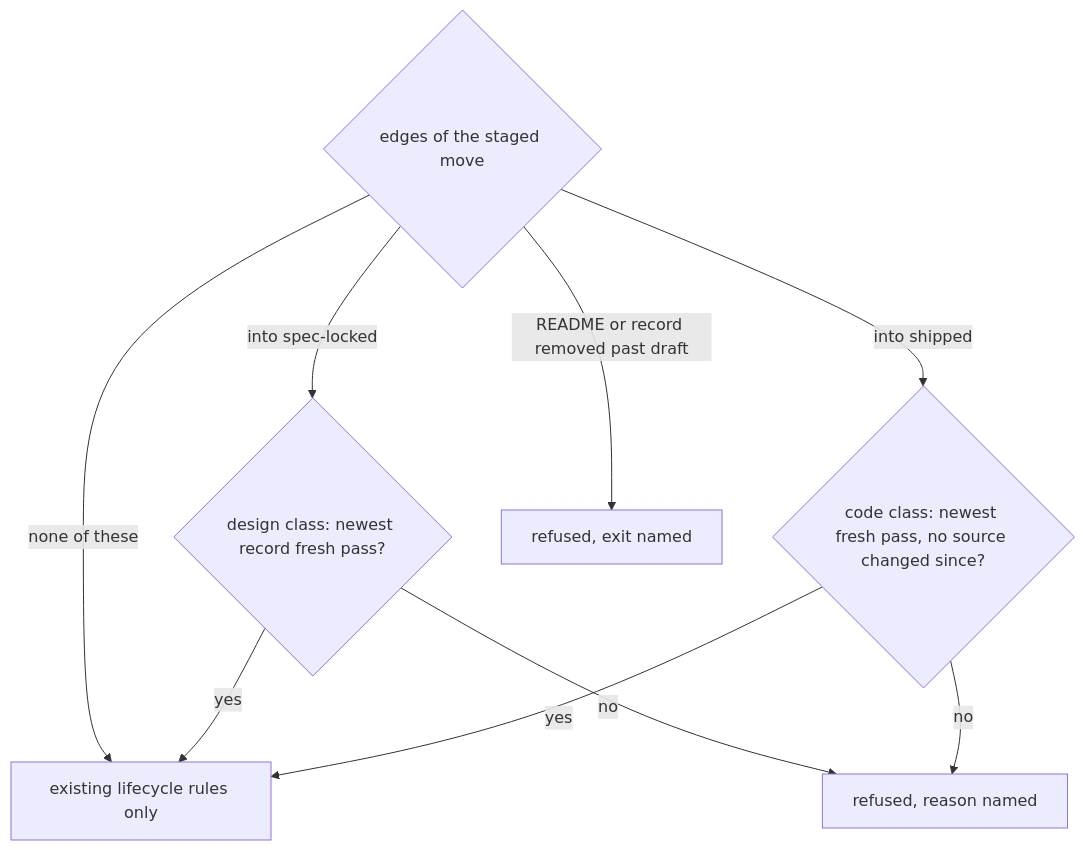
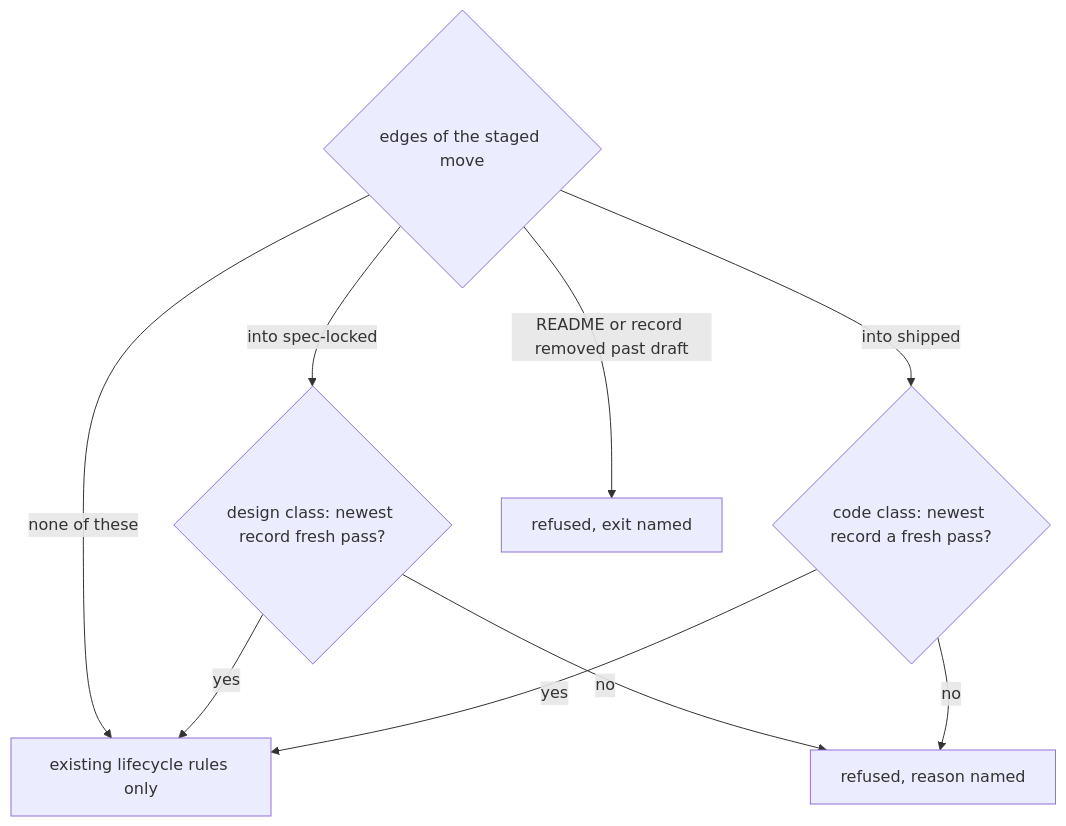
One commit to sibulus13/claudence changed the diagram in docs/work/review-records/functional.md. Above: the diagram before and after it, drawn with Mermaid. The commit also changed other lines of this file and 7 other files, not shown here.

First line of the commit message:
docs(work): architect patch lists after second fix-first (D32-D34)

````diff
--- a/docs/work/review-records/functional.md
+++ b/docs/work/review-records/functional.md
@@ -3,11 +3,11 @@
 ```mermaid
 flowchart TD
   M{edges of the staged move} -->|into spec-locked| L{design class: newest record fresh pass?}
-  M -->|into shipped| S{code class: newest fresh pass, no source changed since?}
+  M -->|into shipped| S{code class: newest record a fresh pass?}
   M -->|README or record removed past draft| D[refused, exit named]
   M -->|none of these| OK[existing lifecycle rules only]
   L -->|yes| OK
   L -->|no| NO[refused, reason named]
   S -->|yes| OK
   S -->|no| NO
 ```
````
